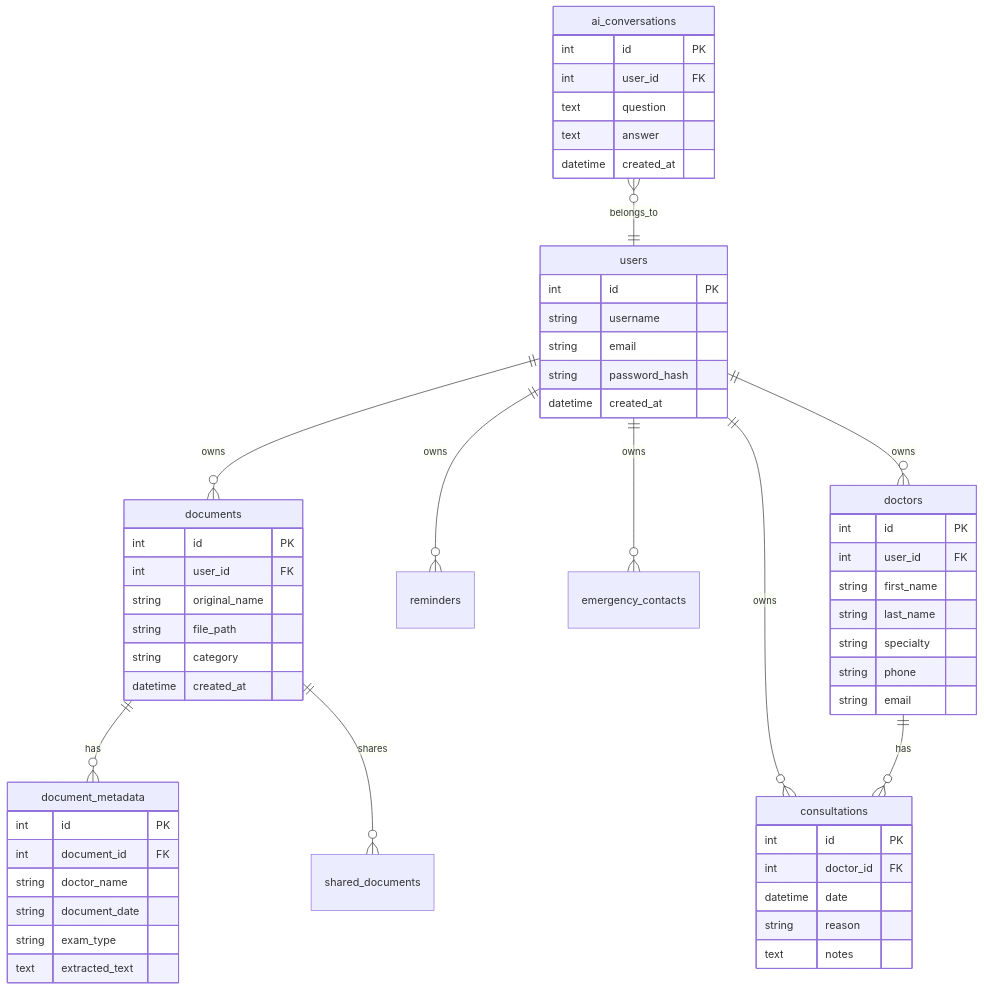
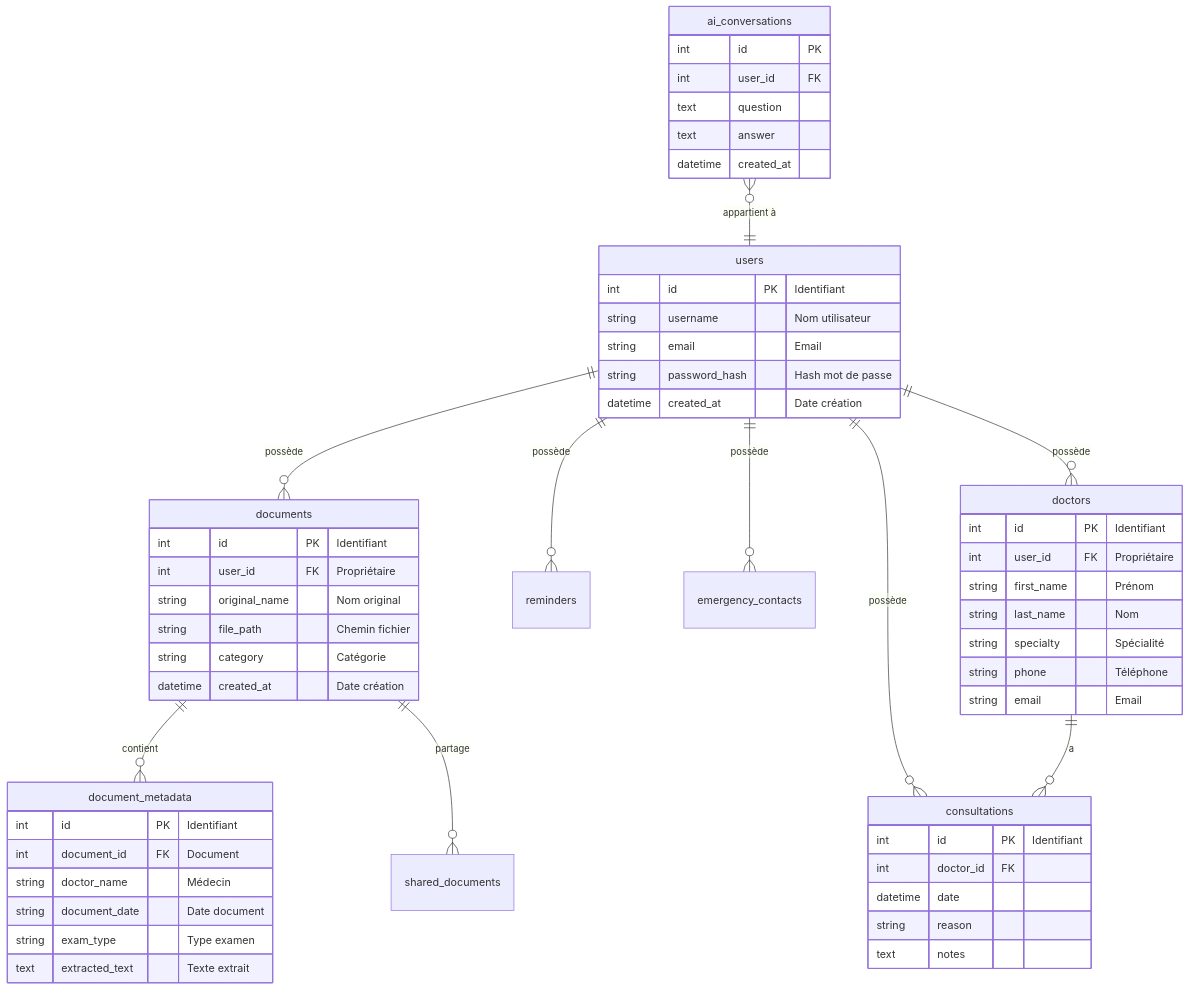
One commit to arkalia-luna-system/arkalia-cia changed the sixth of 9 diagrams in docs/ARCHITECTURE.md. Above: the diagram before and after it, drawn with Mermaid. The commit also changed other lines of this file and 6 other files, not shown here.

Commit message:
Docs: Amélioration MD - Allègement, bannières, schémas Mermaid améliorés

````diff
--- a/docs/ARCHITECTURE.md
+++ b/docs/ARCHITECTURE.md
@@ -254,59 +261,59 @@
 ```mermaid
 erDiagram
-    users ||--o{ documents : owns
-    users ||--o{ reminders : owns
-    users ||--o{ emergency_contacts : owns
-    users ||--o{ doctors : owns
-    users ||--o{ consultations : owns
-    documents ||--o{ document_metadata : has
-    documents ||--o{ shared_documents : shares
-    doctors ||--o{ consultations : has
-    ai_conversations }o--|| users : belongs_to
+    users ||--o{ documents : "possède"
+    users ||--o{ reminders : "possède"
+    users ||--o{ emergency_contacts : "possède"
+    users ||--o{ doctors : "possède"
+    users ||--o{ consultations : "possède"
+    documents ||--o{ document_metadata : "contient"
+    documents ||--o{ shared_documents : "partage"
+    doctors ||--o{ consultations : "a"
+    ai_conversations }o--|| users : "appartient à"
 
     users {
-        int id PK
-        string username
-        string email
-        string password_hash
-        datetime created_at
+        int id PK "Identifiant"
+        string username "Nom utilisateur"
+        string email "Email"
+        string password_hash "Hash mot de passe"
+        datetime created_at "Date création"
     }
     documents {
-        int id PK
-        int user_id FK
-        string original_name
-        string file_path
-        string category
-        datetime created_at
+        int id PK "Identifiant"
+        int user_id FK "Propriétaire"
+        string original_name "Nom original"
+        string file_path "Chemin fichier"
+        string category "Catégorie"
+        datetime created_at "Date création"
     }
     document_metadata {
-        int id PK
-        int document_id FK
-        string doctor_name
-        string document_date
-        string exam_type
-        text extracted_text
+        int id PK "Identifiant"
+        int document_id FK "Document"
+        string doctor_name "Médecin"
+        string document_date "Date document"
+        string exam_type "Type examen"
+        text extracted_text "Texte extrait"
     }
     doctors {
-        int id PK
-        int user_id FK
-        string first_name
-        string last_name
-        string specialty
-        string phone
-        string email
+        int id PK "Identifiant"
+        int user_id FK "Propriétaire"
+        string first_name "Prénom"
+        string last_name "Nom"
+        string specialty "Spécialité"
+        string phone "Téléphone"
+        string email "Email"
     }
     consultations {
-        int id PK
+        int id PK "Identifiant"
         int doctor_id FK
         datetime date
         string reason
         text notes
     }
     ai_conversations {
         int id PK
         int user_id FK
         text question
         text answer
         datetime created_at
     }
 ```
````
